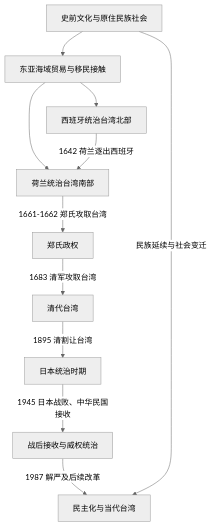
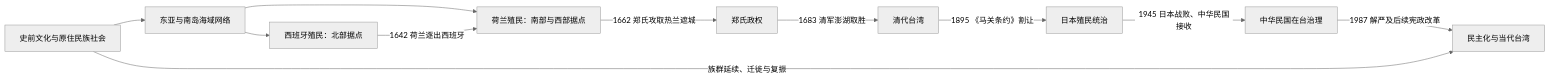
The diagram in 人文科学/历史/东亚/中国/台湾/README.md (tianlan-dev/learning-notes), drawn with Mermaid (neutral theme) before and after one commit. The commit also changed other lines of this file and 1417 other files, not shown here.

````diff
--- a/人文科学/历史/东亚/中国/台湾/README.md
+++ b/人文科学/历史/东亚/中国/台湾/README.md
@@ -16,13 +15,13 @@
 ```mermaid
-flowchart TD
-    Prehistory["史前文化与原住民族社会"] --> Maritime["东亚海域贸易与移民接触"]
-    Maritime --> Dutch["荷兰统治台湾南部"]
-    Maritime --> Spanish["西班牙统治台湾北部"]
+flowchart LR
+    Pre["史前文化与原住民族社会"] --> Sea["东亚与南岛海域网络"]
+    Sea --> Dutch["荷兰殖民：南部与西部据点"]
+    Sea --> Spanish["西班牙殖民：北部据点"]
     Spanish -->|1642 荷兰逐出西班牙| Dutch
-    Dutch -->|1661-1662 郑氏攻取台湾| Zheng["郑氏政权"]
-    Zheng -->|1683 清军攻取台湾| Qing["清代台湾"]
-    Qing -->|1895 清割让台湾| Japan["日本统治时期"]
-    Japan -->|1945 日本战败、中华民国接收| Postwar["战后接收与威权统治"]
-    Postwar -->|1987 解严及后续改革| Democracy["民主化与当代台湾"]
-    Prehistory -->|民族延续与社会变迁| Democracy
+    Dutch -->|1662 郑氏攻取热兰遮城| Zheng["郑氏政权"]
+    Zheng -->|1683 清军澎湖取胜| Qing["清代台湾"]
+    Qing -->|1895 《马关条约》割让| Japan["日本殖民统治"]
+    Japan -->|1945 日本战败、中华民国接收| ROC["中华民国在台治理"]
+    ROC -->|1987 解严及后续宪政改革| Demo["民主化与当代台湾"]
+    Pre -->|族群延续、迁徙与复振| Demo
 ```
````
